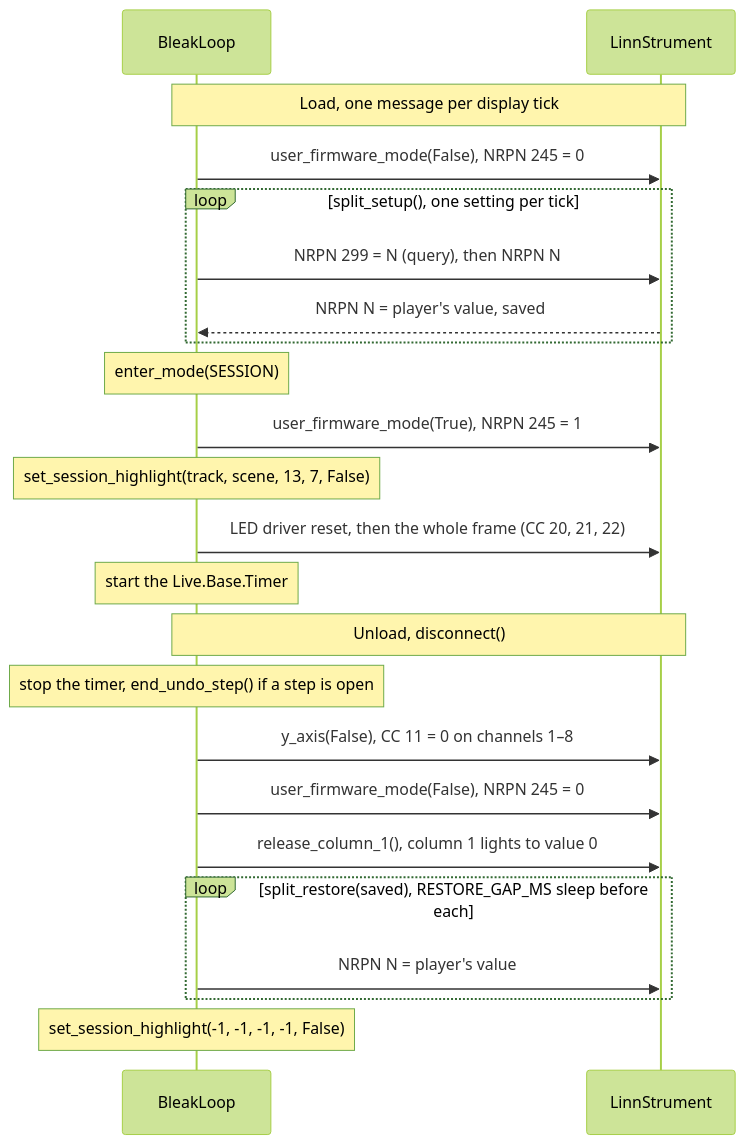
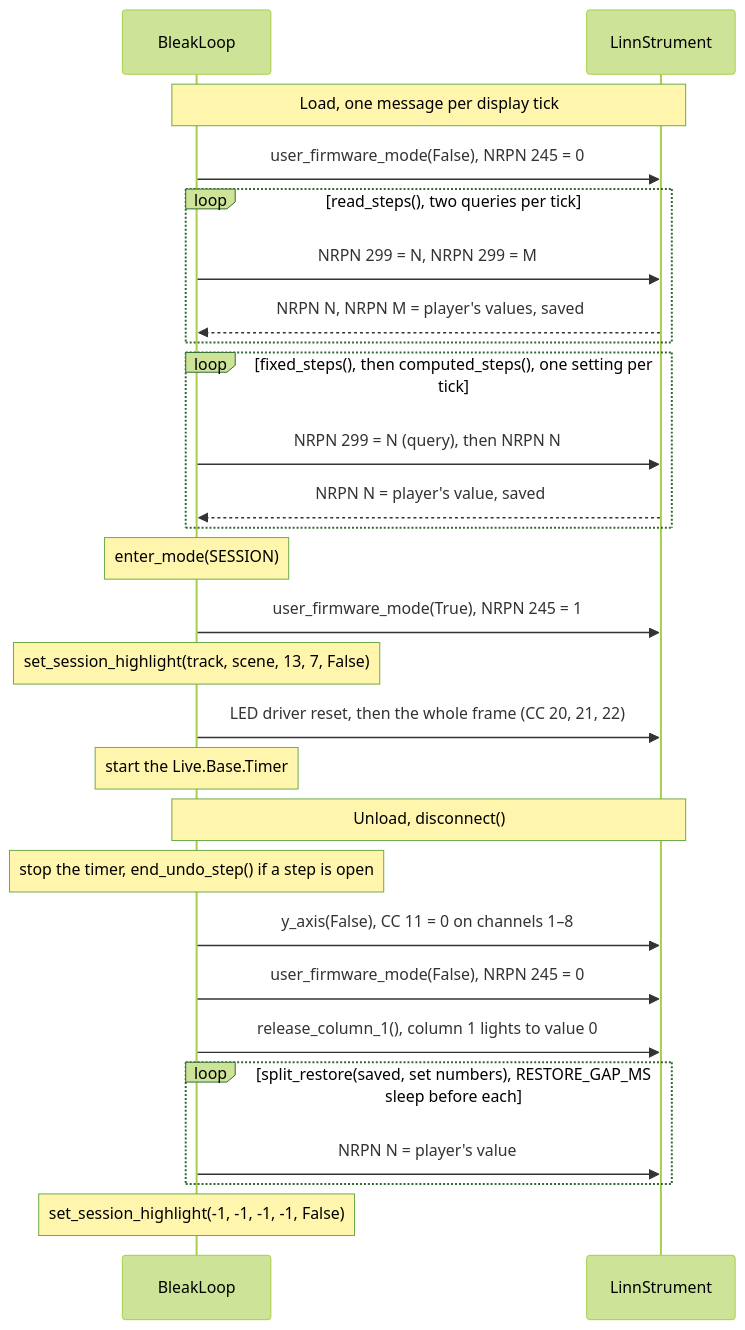
One commit to ianbleaker/bleakloop-linnstrument changed the fifth of 8 diagrams in docs/architecture.md. Above: the diagram before and after it, drawn with Mermaid (forest theme). The commit also changed other lines of this file and 12 other files, not shown here.

````diff
--- a/docs/architecture.md
+++ b/docs/architecture.md
@@ -321,25 +324,29 @@
 ```mermaid
 sequenceDiagram
   participant BleakLoop
   participant LinnStrument
   Note over BleakLoop,LinnStrument: Load, one message per display tick
   BleakLoop->>LinnStrument: user_firmware_mode(False), NRPN 245 = 0
-  loop split_setup(), one setting per tick
+  loop read_steps(), two queries per tick
+    BleakLoop->>LinnStrument: NRPN 299 = N, NRPN 299 = M
+    LinnStrument-->>BleakLoop: NRPN N, NRPN M = player's values, saved
+  end
+  loop fixed_steps(), then computed_steps(), one setting per tick
     BleakLoop->>LinnStrument: NRPN 299 = N (query), then NRPN N
     LinnStrument-->>BleakLoop: NRPN N = player's value, saved
   end
   Note over BleakLoop: enter_mode(SESSION)
   BleakLoop->>LinnStrument: user_firmware_mode(True), NRPN 245 = 1
   Note over BleakLoop: set_session_highlight(track, scene, 13, 7, False)
   BleakLoop->>LinnStrument: LED driver reset, then the whole frame (CC 20, 21, 22)
   Note over BleakLoop: start the Live.Base.Timer
   Note over BleakLoop,LinnStrument: Unload, disconnect()
   Note over BleakLoop: stop the timer, end_undo_step() if a step is open
   BleakLoop->>LinnStrument: y_axis(False), CC 11 = 0 on channels 1–8
   BleakLoop->>LinnStrument: user_firmware_mode(False), NRPN 245 = 0
   BleakLoop->>LinnStrument: release_column_1(), column 1 lights to value 0
-  loop split_restore(saved), RESTORE_GAP_MS sleep before each
+  loop split_restore(saved, set numbers), RESTORE_GAP_MS sleep before each
     BleakLoop->>LinnStrument: NRPN N = player's value
   end
   Note over BleakLoop: set_session_highlight(-1, -1, -1, -1, False)
 ```
````
